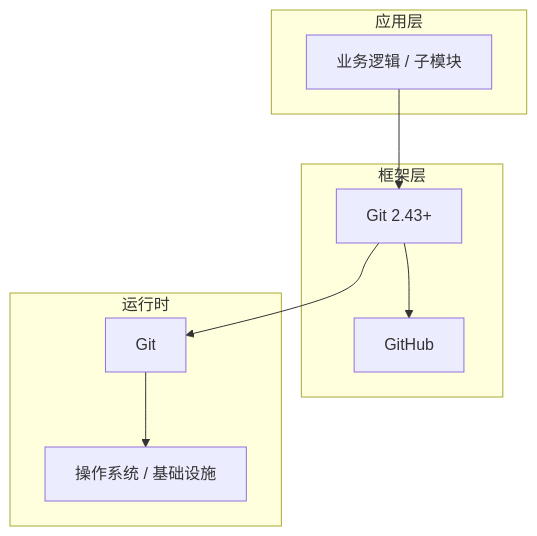
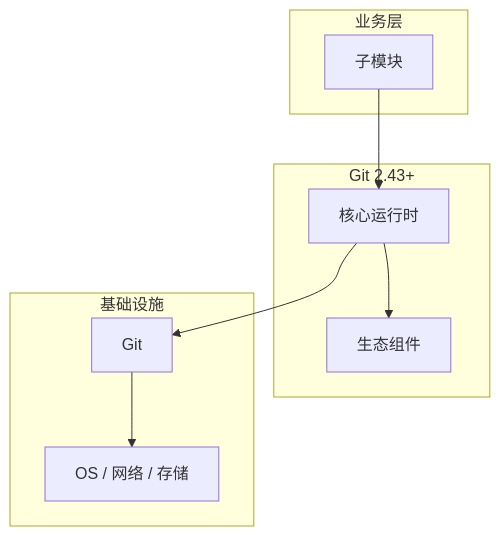
The diagram in articles/Git版本控制/chapters/056-子模块核心概念与原理.md (yanggan2015/knowledge-json-v2), drawn with Mermaid before and after one commit. The commit also changed other lines of this file and 10127 other files, not shown here.

````diff
--- a/articles/Git版本控制/chapters/056-子模块核心概念与原理.md
+++ b/articles/Git版本控制/chapters/056-子模块核心概念与原理.md
@@ -45,18 +34,18 @@
 ```mermaid
 graph TB
-    subgraph 应用层
-        A[业务逻辑 / 子模块]
+    subgraph 业务层
+        A[子模块]
     end
-    subgraph 框架层
-        B[Git 2.43+]
-        C[GitHub]
+    subgraph Git 2.43+
+        B[核心运行时]
+        C[生态组件]
     end
-    subgraph 运行时
+    subgraph 基础设施
         D[Git]
-        E[操作系统 / 基础设施]
+        E[OS / 网络 / 存储]
     end
     A --> B
     B --> C
     B --> D
     D --> E
 ```
````
